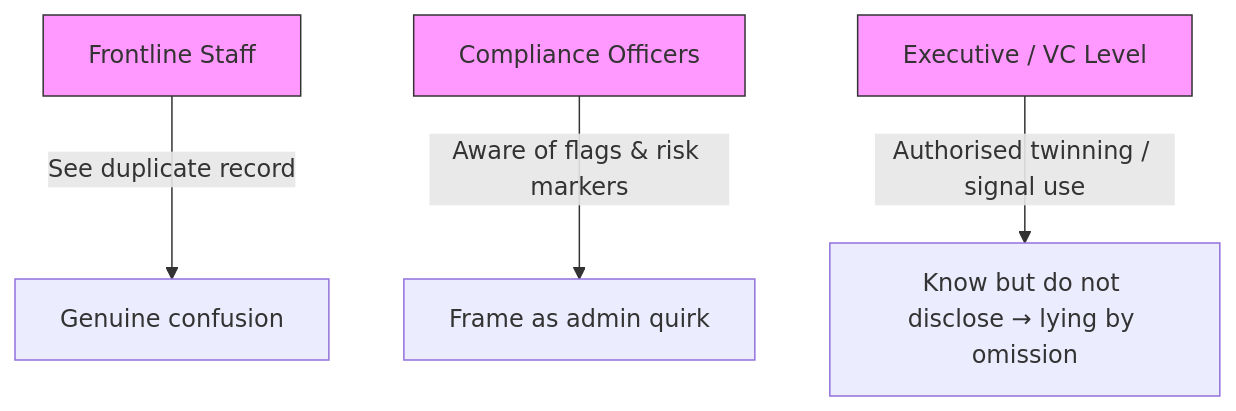
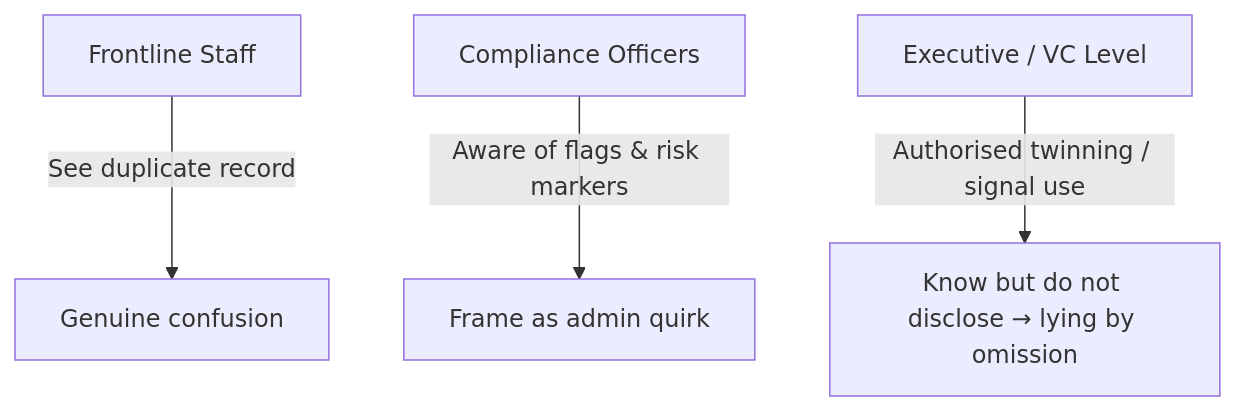
Before and after one commit to josefsbreakfast/Polaris-Protocol: the diagram in Metadata_Sabotage_Network/Narrative_And_Psych_Ops/🧠_Psychological_Containment/⏳_delay_scripts_near_deadlines.md, drawn with Mermaid.

````diff
--- a/Metadata_Sabotage_Network/Narrative_And_Psych_Ops/🧠_Psychological_Containment/⏳_delay_scripts_near_deadlines.md
+++ b/Metadata_Sabotage_Network/Narrative_And_Psych_Ops/🧠_Psychological_Containment/⏳_delay_scripts_near_deadlines.md
@@ -57,12 +57,11 @@
 ```mermaid
 flowchart TD
   A[Frontline Staff] -->|See duplicate record| B[Genuine confusion]
   C[Compliance Officers] -->|Aware of flags & risk markers| D[Frame as admin quirk]
   E[Executive / VC Level] -->|Authorised twinning / signal use| F[Know but do not disclose → lying by omission]
 
   A:::tier
   C:::tier
   E:::tier
 
-  classDef tier fill:#f9f,stroke:#333,stroke-width:1px;
 ```
````
